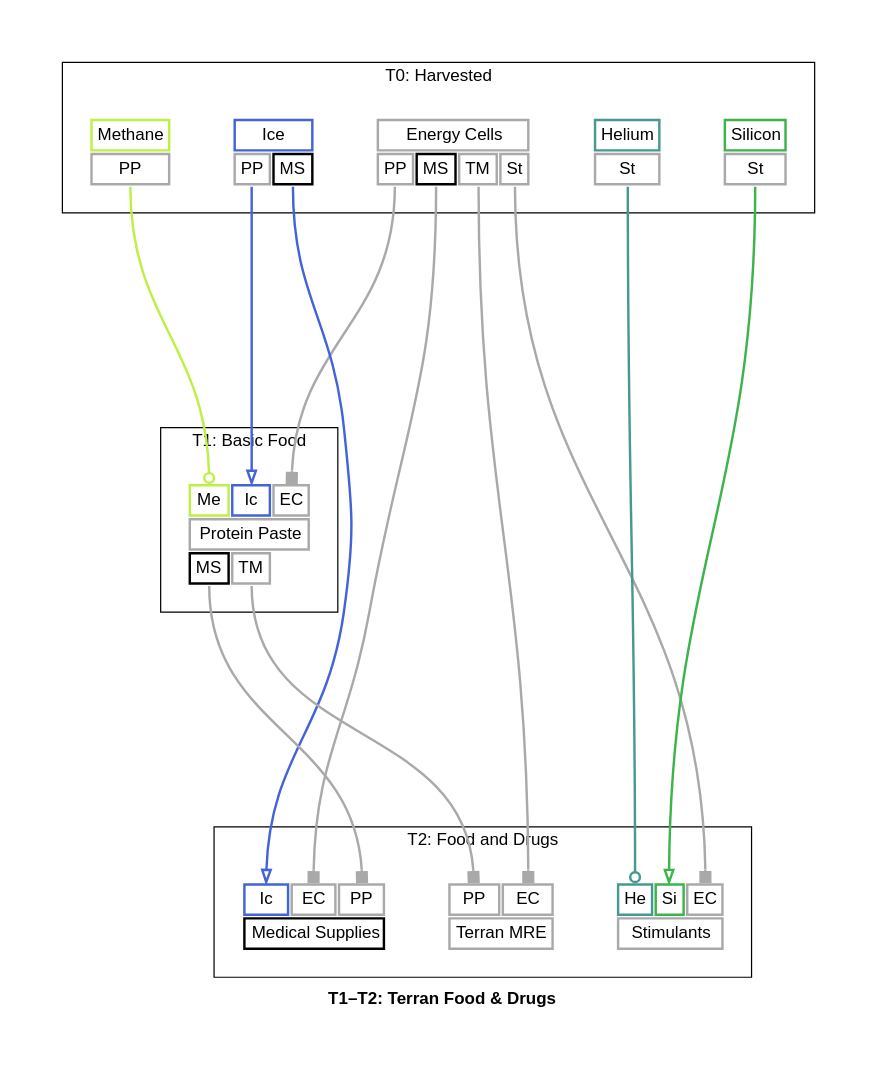
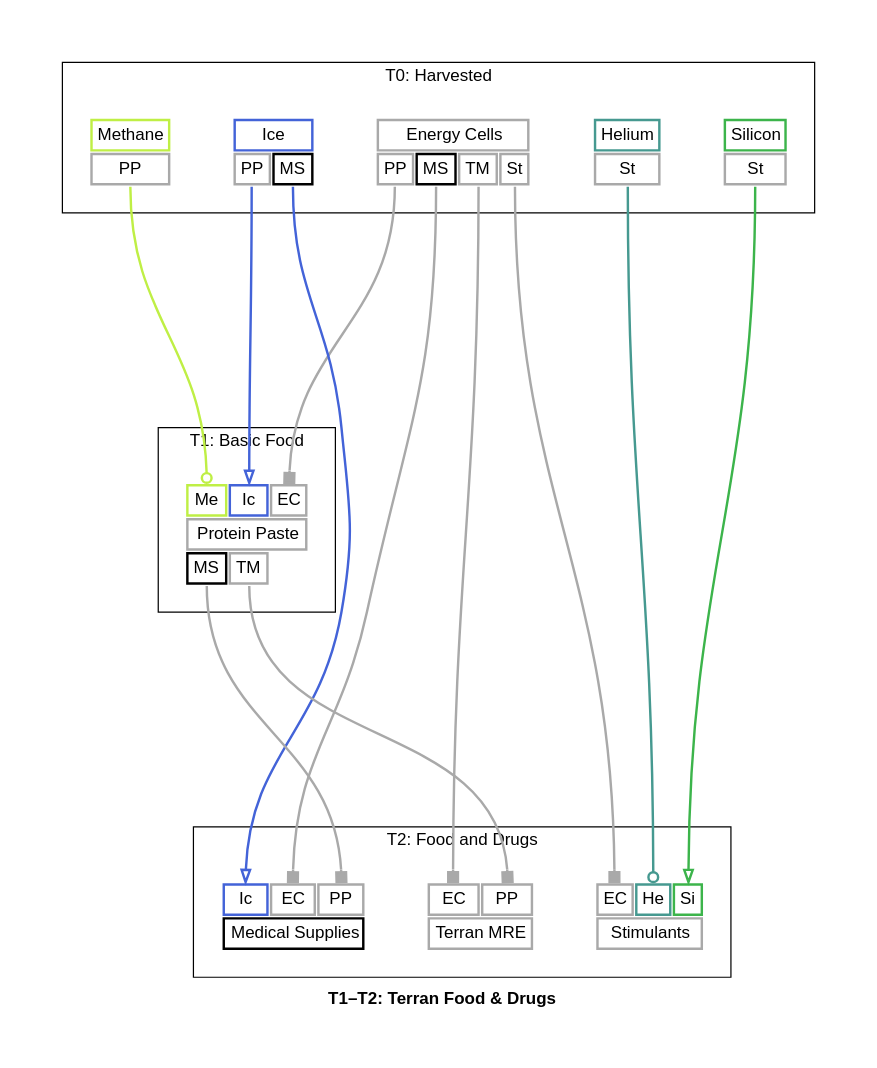
The diagram in docs/t1_t2_terran_food_drugs_graph_full.dot (borntyping/x4-diagrams), drawn with Graphviz before and after one commit. The commit also changed other lines of this file and 72 other files, not shown here.

Commit message:
Show spice recipe on food diagrams

```diff
--- a/docs/t1_t2_terran_food_drugs_graph_full.dot
+++ b/docs/t1_t2_terran_food_drugs_graph_full.dot
@@ -1,175 +1,175 @@
 digraph "X4 Economy" {
 	edge [arrowType=normal]
 	compound=true fontname="Helvetica,Arial,sans-serif"
 	label=<<b>T1–T2: Terran Food &amp; Drugs</b>>
 	graph [nodesep=0.3 pad=0.5 ranksep=3]
 	node [color=slategray1 fontname="Helvetica,Arial,sans-serif" margin=0.2 penwidth=2.0 shape=plaintext]
 	edge [arrowhead=normal arrowsize=1.0 fontname="Helvetica,Arial,sans-serif" headport=n penwidth=2.0 tailport=s]
 	subgraph 0 {
 		cluster=true label="T0: Harvested"
 		energy_cells [label=<<table border="0" cellborder="2" cellpadding="4" cellspacing="1" fixedsize="false" id="energy_cells" port="output">
   
   <tr>
     <td align="text" bgcolor="white" color="#a9a9a9" colspan="4">Energy Cells</td>
   </tr>
   
     <tr>
       
         <td align="text" bgcolor="white" color="#a9a9a9" port="protein_paste">PP</td>
       
         <td align="text" bgcolor="white" color="#000000" port="medical_supplies">MS</td>
       
         <td align="text" bgcolor="white" color="#a9a9a9" port="terran_mre">TM</td>
       
         <td align="text" bgcolor="white" color="#a9a9a9" port="stimulants">St</td>
       
     </tr>
   
 </table>>]
 		helium [label=<<table border="0" cellborder="2" cellpadding="4" cellspacing="1" fixedsize="false" id="helium" port="output">
   
   <tr>
     <td align="text" bgcolor="white" color="#469990" colspan="1">Helium</td>
   </tr>
   
     <tr>
       
         <td align="text" bgcolor="white" color="#a9a9a9" port="stimulants">St</td>
       
     </tr>
   
 </table>>]
 		ice [label=<<table border="0" cellborder="2" cellpadding="4" cellspacing="1" fixedsize="false" id="ice" port="output">
   
   <tr>
     <td align="text" bgcolor="white" color="#4363d8" colspan="2">Ice</td>
   </tr>
   
     <tr>
       
         <td align="text" bgcolor="white" color="#a9a9a9" port="protein_paste">PP</td>
       
         <td align="text" bgcolor="white" color="#000000" port="medical_supplies">MS</td>
       
     </tr>
   
 </table>>]
 		methane [label=<<table border="0" cellborder="2" cellpadding="4" cellspacing="1" fixedsize="false" id="methane" port="output">
   
   <tr>
     <td align="text" bgcolor="white" color="#bfef45" colspan="1">Methane</td>
   </tr>
   
     <tr>
       
         <td align="text" bgcolor="white" color="#a9a9a9" port="protein_paste">PP</td>
       
     </tr>
   
 </table>>]
 		silicon [label=<<table border="0" cellborder="2" cellpadding="4" cellspacing="1" fixedsize="false" id="silicon" port="output">
   
   <tr>
     <td align="text" bgcolor="white" color="#3cb44b" colspan="1">Silicon</td>
   </tr>
   
     <tr>
       
         <td align="text" bgcolor="white" color="#a9a9a9" port="stimulants">St</td>
       
     </tr>
   
 </table>>]
 	}
 	subgraph 1 {
 		cluster=true label="T1: Basic Food"
 		protein_paste [label=<<table border="0" cellborder="2" cellpadding="4" cellspacing="1" fixedsize="false" id="protein_paste" port="output">
   
     <tr>
       
         <td align="text" bgcolor="white" color="#bfef45" port="methane">Me</td>
       
         <td align="text" bgcolor="white" color="#4363d8" port="ice">Ic</td>
       
         <td align="text" bgcolor="white" color="#a9a9a9" port="energy_cells">EC</td>
       
     </tr>
   
   <tr>
     <td align="text" bgcolor="white" color="#a9a9a9" colspan="3">Protein Paste</td>
   </tr>
   
     <tr>
       
         <td align="text" bgcolor="white" color="#000000" port="medical_supplies">MS</td>
       
         <td align="text" bgcolor="white" color="#a9a9a9" port="terran_mre">TM</td>
       
     </tr>
   
 </table>>]
 	}
 	subgraph 2 {
 		cluster=true label="T2: Food and Drugs"
 		medical_supplies [label=<<table border="0" cellborder="2" cellpadding="4" cellspacing="1" fixedsize="false" id="medical_supplies" port="output">
   
     <tr>
       
         <td align="text" bgcolor="white" color="#4363d8" port="ice">Ic</td>
       
         <td align="text" bgcolor="white" color="#a9a9a9" port="energy_cells">EC</td>
       
         <td align="text" bgcolor="white" color="#a9a9a9" port="protein_paste">PP</td>
       
     </tr>
   
   <tr>
     <td align="text" bgcolor="white" color="#000000" colspan="3">Medical Supplies</td>
   </tr>
   
 </table>>]
 		stimulants [label=<<table border="0" cellborder="2" cellpadding="4" cellspacing="1" fixedsize="false" id="stimulants" port="output">
   
     <tr>
       
+        <td align="text" bgcolor="white" color="#a9a9a9" port="energy_cells">EC</td>
+      
         <td align="text" bgcolor="white" color="#469990" port="helium">He</td>
       
         <td align="text" bgcolor="white" color="#3cb44b" port="silicon">Si</td>
-      
-        <td align="text" bgcolor="white" color="#a9a9a9" port="energy_cells">EC</td>
       
     </tr>
   
   <tr>
     <td align="text" bgcolor="white" color="#a9a9a9" colspan="3">Stimulants</td>
   </tr>
   
 </table>>]
 		terran_mre [label=<<table border="0" cellborder="2" cellpadding="4" cellspacing="1" fixedsize="false" id="terran_mre" port="output">
   
     <tr>
       
+        <td align="text" bgcolor="white" color="#a9a9a9" port="energy_cells">EC</td>
+      
         <td align="text" bgcolor="white" color="#a9a9a9" port="protein_paste">PP</td>
-      
-        <td align="text" bgcolor="white" color="#a9a9a9" port="energy_cells">EC</td>
       
     </tr>
   
   <tr>
     <td align="text" bgcolor="white" color="#a9a9a9" colspan="2">Terran MRE</td>
   </tr>
   
 </table>>]
 	}
 	energy_cells:protein_paste:s -> protein_paste:energy_cells:n [arrowhead=box color="#a9a9a9" weight=1.0]
 	ice:protein_paste:s -> protein_paste:ice:n [arrowhead=empty color="#4363d8" weight=1.0]
 	methane:protein_paste:s -> protein_paste:methane:n [arrowhead=odot color="#bfef45" weight=1.0]
 	energy_cells:medical_supplies:s -> medical_supplies:energy_cells:n [arrowhead=box color="#a9a9a9" weight=1.0]
 	ice:medical_supplies:s -> medical_supplies:ice:n [arrowhead=empty color="#4363d8" weight=1.0]
 	protein_paste:medical_supplies:s -> medical_supplies:protein_paste:n [arrowhead=box color="#a9a9a9" weight=1.0]
 	energy_cells:terran_mre:s -> terran_mre:energy_cells:n [arrowhead=box color="#a9a9a9" weight=1.0]
 	protein_paste:terran_mre:s -> terran_mre:protein_paste:n [arrowhead=box color="#a9a9a9" weight=1.0]
 	energy_cells:stimulants:s -> stimulants:energy_cells:n [arrowhead=box color="#a9a9a9" weight=1.0]
 	helium:stimulants:s -> stimulants:helium:n [arrowhead=odot color="#469990" weight=1.0]
 	silicon:stimulants:s -> stimulants:silicon:n [arrowhead=empty color="#3cb44b" weight=1.0]
 }
```
